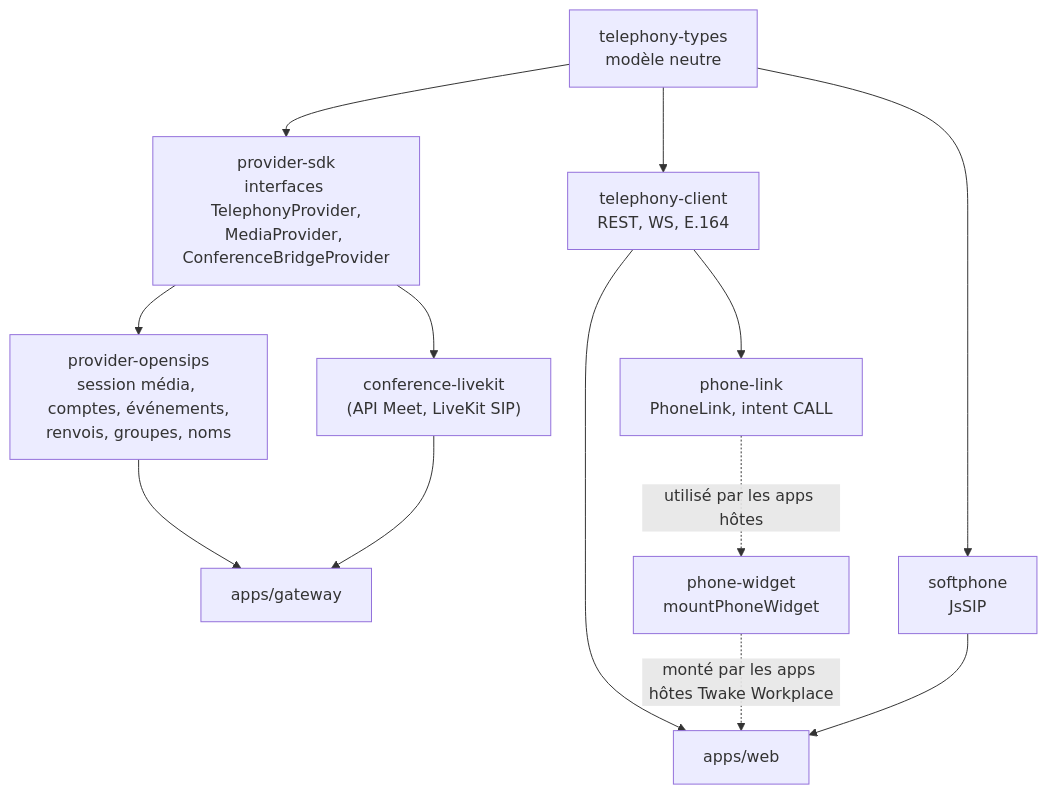
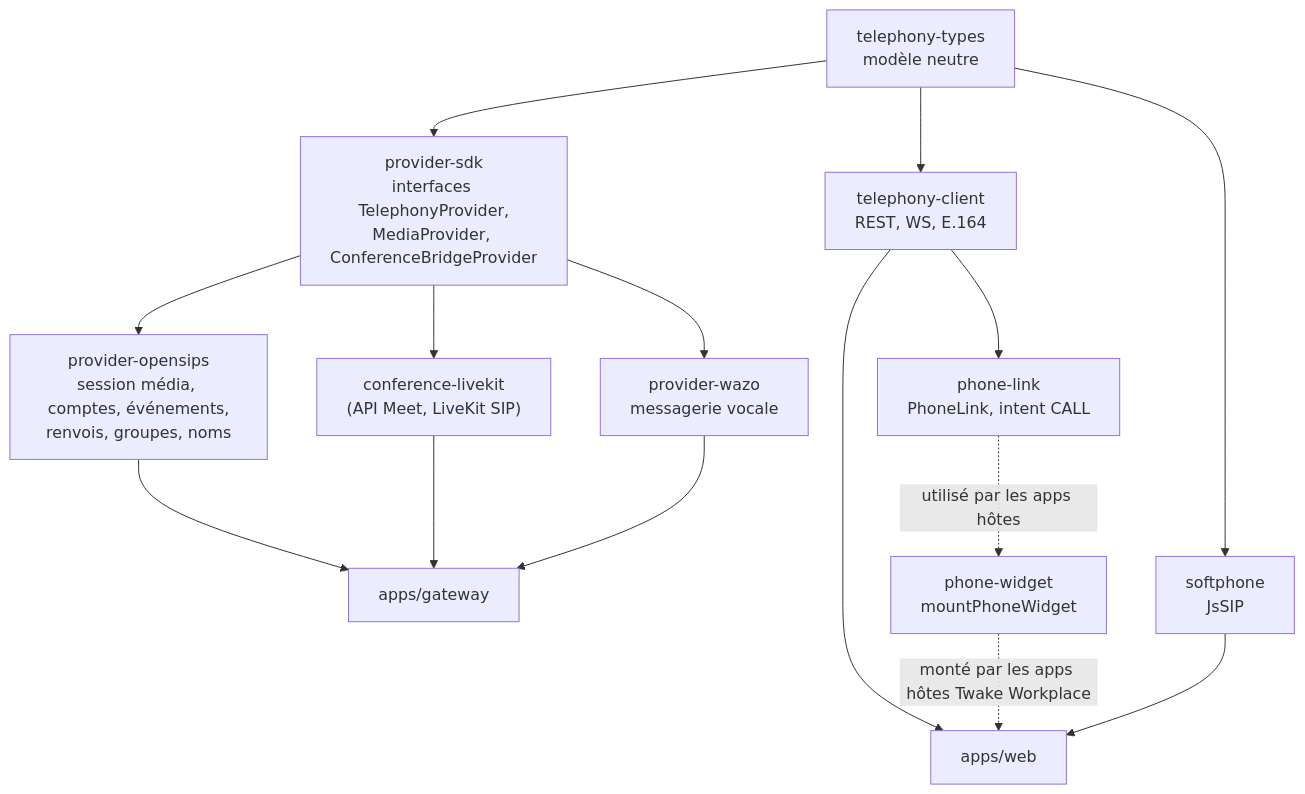
The second of 3 diagrams in docs/ARCHITECTURE.md (linagora/twake-phone), drawn with Mermaid before and after one commit. The commit also changed other lines of this file and 14 other files, not shown here.

````diff
--- a/docs/ARCHITECTURE.md
+++ b/docs/ARCHITECTURE.md
@@ -58,25 +58,28 @@
 ```mermaid
 flowchart TB
   types["telephony-types<br/>modèle neutre"]
   sdk["provider-sdk<br/>interfaces TelephonyProvider,<br/>MediaProvider, ConferenceBridgeProvider"]
   os["provider-opensips<br/>session média, comptes, événements,<br/>renvois, groupes, noms"]
   lk["conference-livekit<br/>(API Meet, LiveKit SIP)"]
+  wz["provider-wazo<br/>messagerie vocale"]
   plink["phone-link<br/>PhoneLink, intent CALL"]
   client["telephony-client<br/>REST, WS, E.164"]
   soft["softphone<br/>JsSIP"]
   widgetlib["phone-widget<br/>mountPhoneWidget"]
   gw["apps/gateway"]
   app["apps/web"]
 
   types --> sdk --> os
   sdk --> lk
+  sdk --> wz
+  wz --> gw
   os --> gw
   lk --> gw
   types --> client
   types --> soft
   client --> app
   soft --> app
   widgetlib -. "monté par les apps hôtes Twake Workplace" .-> app
   plink -. "utilisé par les apps hôtes" .-> widgetlib
   client --> plink
 ```
````
